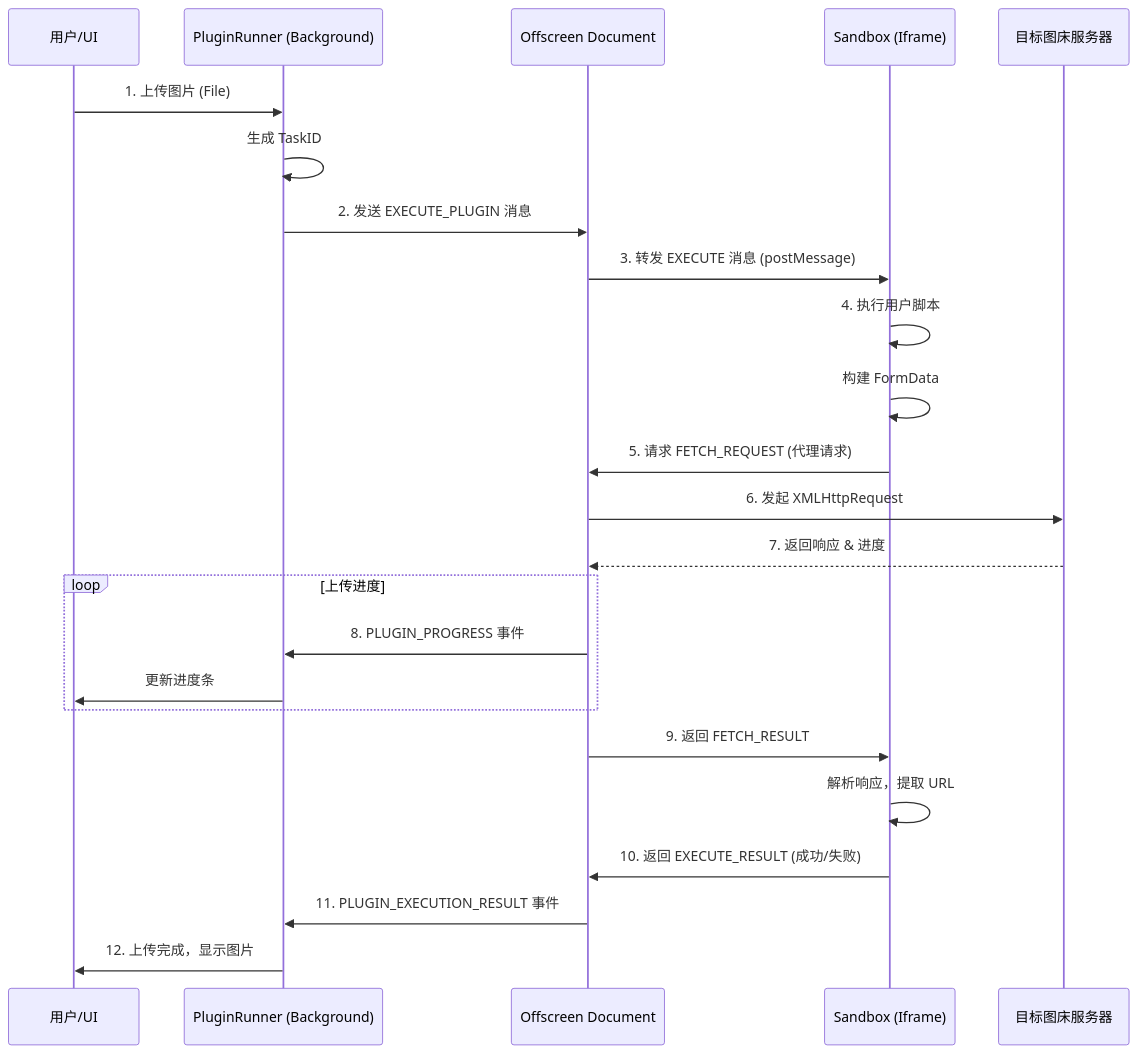
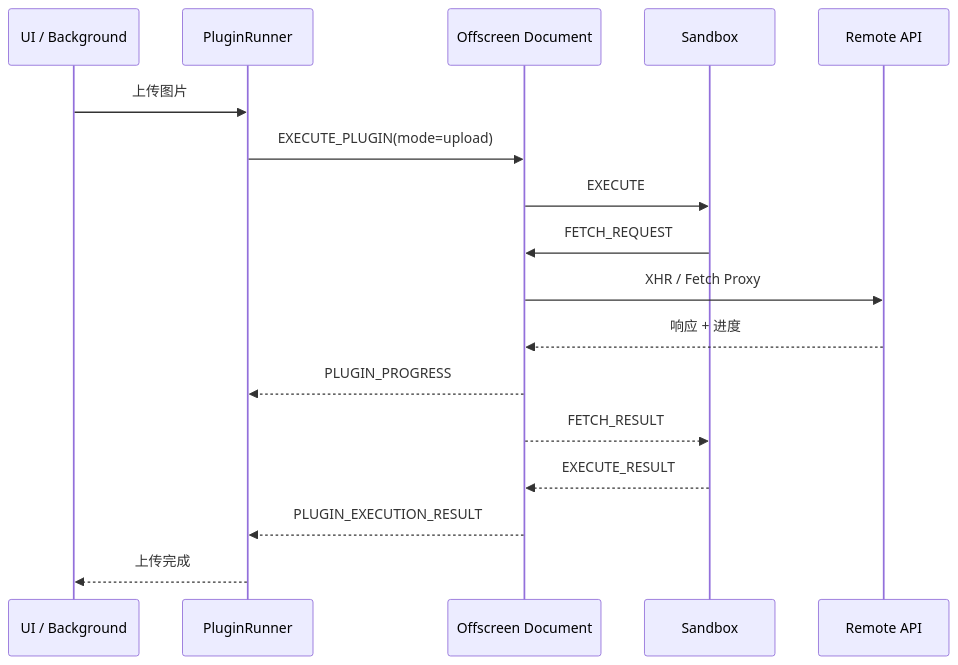
Before and after one commit to ZenEcho/GioPic_Web_Extension: the first of 2 diagrams in plugins/plugin_architecture.md, drawn with Mermaid. The commit also changed other lines of this file and 24 other files, not shown here.

````diff
--- a/plugins/plugin_architecture.md
+++ b/plugins/plugin_architecture.md
@@ -81,35 +92,20 @@
 ```mermaid
 sequenceDiagram
-    participant User as 用户/UI
-    participant Runner as PluginRunner (Background)
+    participant UI as UI / Background
+    participant Runner as PluginRunner
     participant Offscreen as Offscreen Document
-    participant Sandbox as Sandbox (Iframe)
-    participant Server as 目标图床服务器
+    participant Sandbox as Sandbox
+    participant Server as Remote API
 
-    User->>Runner: 1. 上传图片 (File)
-    Runner->>Runner: 生成 TaskID
-    Runner->>Offscreen: 2. 发送 EXECUTE_PLUGIN 消息
-    
-    Offscreen->>Sandbox: 3. 转发 EXECUTE 消息 (postMessage)
-    
-    Sandbox->>Sandbox: 4. 执行用户脚本
-    Sandbox->>Sandbox: 构建 FormData
-    
-    Sandbox->>Offscreen: 5. 请求 FETCH_REQUEST (代理请求)
-    
-    Offscreen->>Server: 6. 发起 XMLHttpRequest
-    Server-->>Offscreen: 7. 返回响应 & 进度
-    
-    loop 上传进度
-        Offscreen->>Runner: 8. PLUGIN_PROGRESS 事件
-        Runner->>User: 更新进度条
-    end
-    
-    Offscreen->>Sandbox: 9. 返回 FETCH_RESULT
-    
-    Sandbox->>Sandbox: 解析响应，提取 URL
-    Sandbox->>Offscreen: 10. 返回 EXECUTE_RESULT (成功/失败)
-    
-    Offscreen->>Runner: 11. PLUGIN_EXECUTION_RESULT 事件
-    Runner->>User: 12. 上传完成，显示图片
+    UI->>Runner: 上传图片
+    Runner->>Offscreen: EXECUTE_PLUGIN(mode=upload)
+    Offscreen->>Sandbox: EXECUTE
+    Sandbox->>Offscreen: FETCH_REQUEST
+    Offscreen->>Server: XHR / Fetch Proxy
+    Server-->>Offscreen: 响应 + 进度
+    Offscreen-->>Runner: PLUGIN_PROGRESS
+    Offscreen-->>Sandbox: FETCH_RESULT
+    Sandbox-->>Offscreen: EXECUTE_RESULT
+    Offscreen-->>Runner: PLUGIN_EXECUTION_RESULT
+    Runner-->>UI: 上传完成
 ```
````
